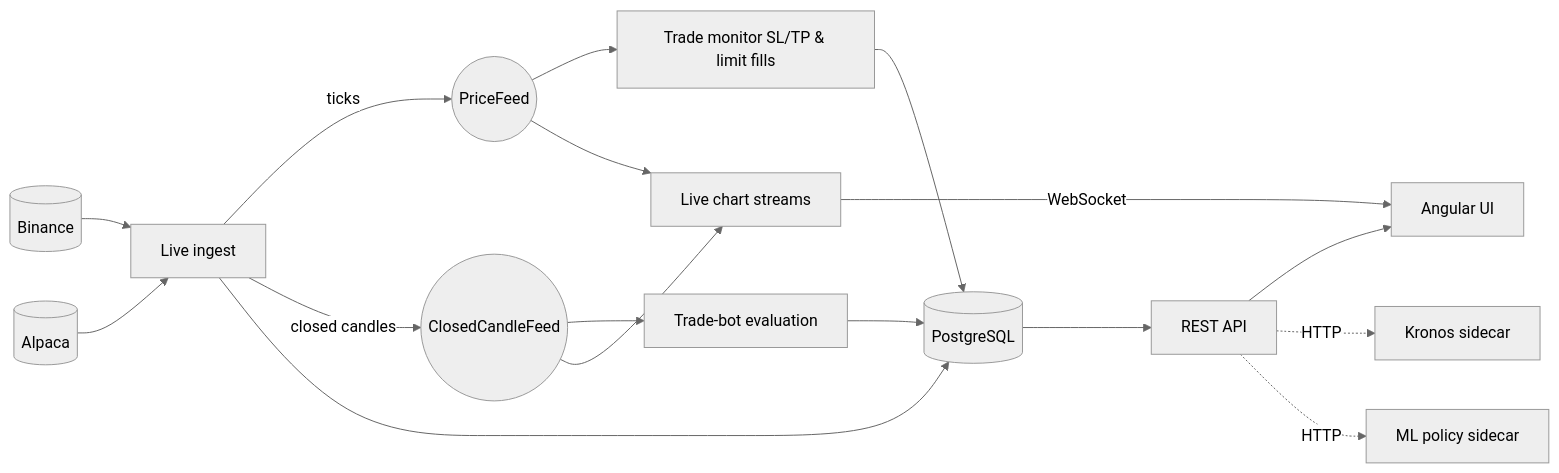
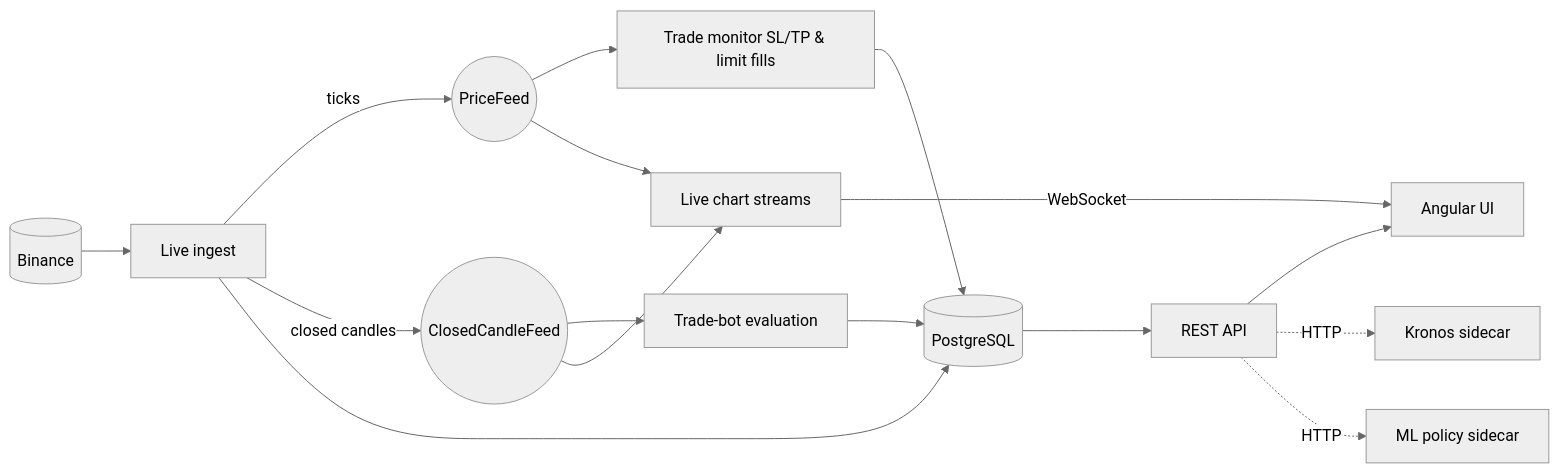
One commit to Goncalo-Correia/trader-algo-api changed the first of 9 diagrams in README.md. Above: the diagram before and after it, drawn with Mermaid (neutral theme). The commit also changed other lines of this file and 22 other files, not shown here.

````diff
--- a/README.md
+++ b/README.md
@@ -42,18 +42,17 @@
 ```mermaid
 flowchart LR
   Binance[(Binance)] --> Ingest
-  Alpaca[(Alpaca)] --> Ingest
   Ingest[Live ingest] -->|ticks| PriceFeed((PriceFeed))
   Ingest -->|closed candles| ClosedFeed((ClosedCandleFeed))
   Ingest --> DB[(PostgreSQL)]
   PriceFeed --> TradeMon[Trade monitor SL/TP & limit fills]
   PriceFeed --> Charts[Live chart streams]
   ClosedFeed --> BotMon[Trade-bot evaluation]
   ClosedFeed --> Charts
   TradeMon --> DB
   BotMon --> DB
   Charts -->|WebSocket| UI[Angular UI]
   DB --> REST[REST API] --> UI
   REST -.HTTP.-> Kronos[Kronos sidecar]
   REST -.HTTP.-> ML[ML policy sidecar]
 ```
````
